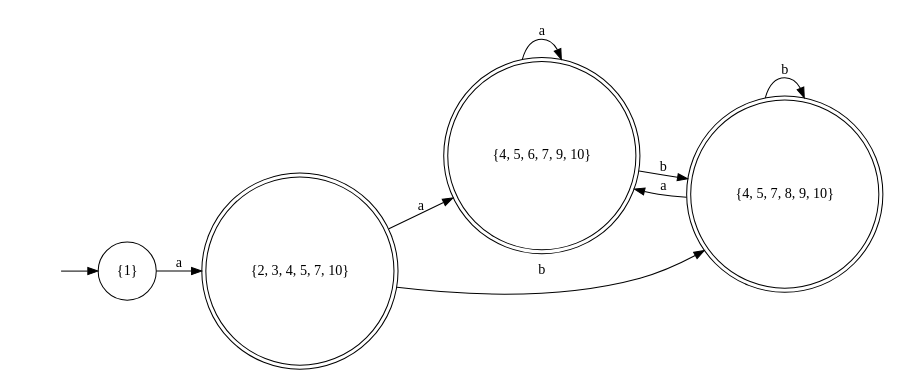
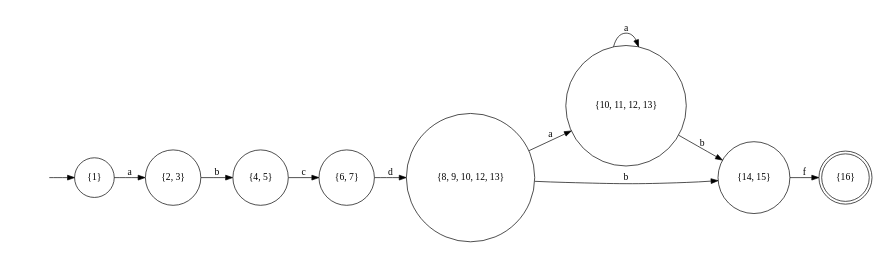
One commit to liangzihong/RegExpEngine changed the diagram in dfa.gv. Above: the diagram before and after it, drawn with Graphviz. The commit also changed 8 other files, not shown here.

```diff
--- a/dfa.gv
+++ b/dfa.gv
@@ -1,18 +1,18 @@
 digraph dfa {
 	rankdir=LR size=4.5
 	node [shape=doublecircle]
-	"{2, 3, 4, 5, 7, 10}"
-	"{4, 5, 6, 7, 9, 10}"
-	"{4, 5, 7, 8, 9, 10}"
+	"{16}"
 	node [shape=circle]
-	"{1}" -> "{2, 3, 4, 5, 7, 10}" [label=a]
-	"{2, 3, 4, 5, 7, 10}" -> "{4, 5, 6, 7, 9, 10}" [label=a]
-	"{2, 3, 4, 5, 7, 10}" -> "{4, 5, 7, 8, 9, 10}" [label=b]
-	"{4, 5, 6, 7, 9, 10}" -> "{4, 5, 6, 7, 9, 10}" [label=a]
-	"{4, 5, 6, 7, 9, 10}" -> "{4, 5, 7, 8, 9, 10}" [label=b]
-	"{4, 5, 7, 8, 9, 10}" -> "{4, 5, 6, 7, 9, 10}" [label=a]
-	"{4, 5, 7, 8, 9, 10}" -> "{4, 5, 7, 8, 9, 10}" [label=b]
+	"{1}" -> "{2, 3}" [label=a]
+	"{2, 3}" -> "{4, 5}" [label=b]
+	"{4, 5}" -> "{6, 7}" [label=c]
+	"{6, 7}" -> "{8, 9, 10, 12, 13}" [label=d]
+	"{8, 9, 10, 12, 13}" -> "{10, 11, 12, 13}" [label=a]
+	"{8, 9, 10, 12, 13}" -> "{14, 15}" [label=b]
+	"{10, 11, 12, 13}" -> "{10, 11, 12, 13}" [label=a]
+	"{10, 11, 12, 13}" -> "{14, 15}" [label=b]
+	"{14, 15}" -> "{16}" [label=f]
 	node [style=invis]
 	0
 	0 -> "{1}"
 }
```
